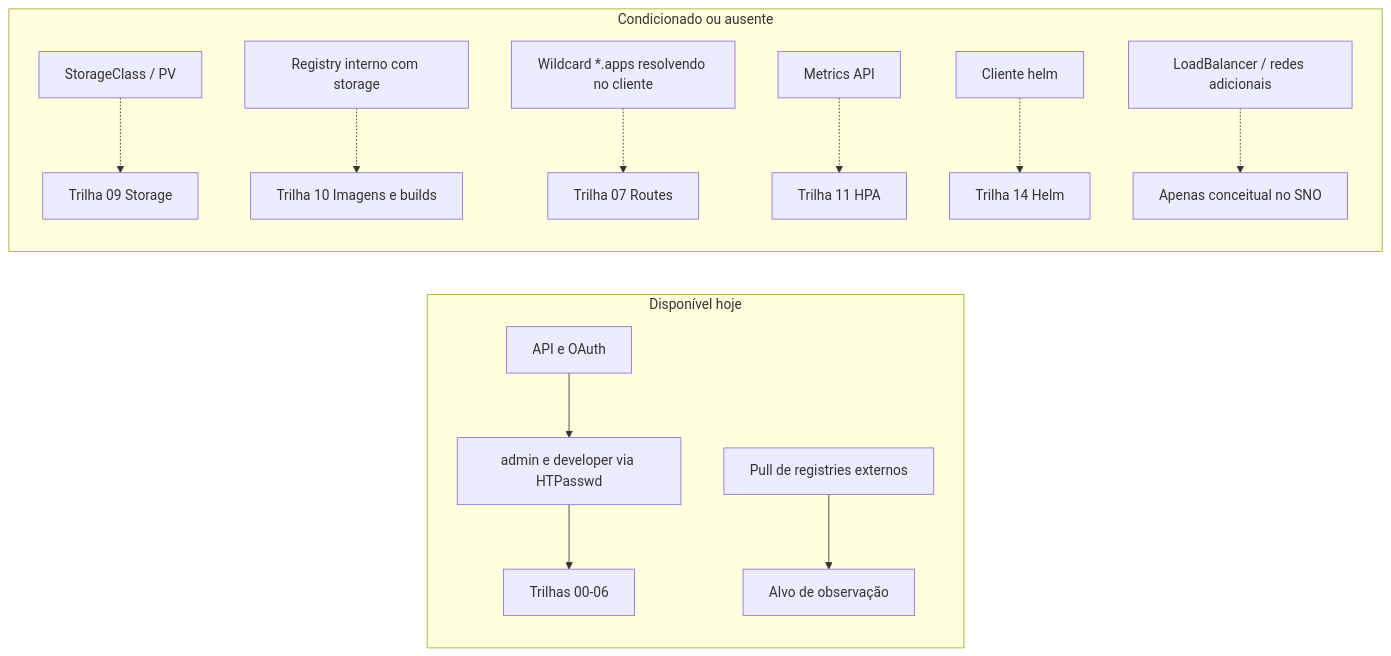
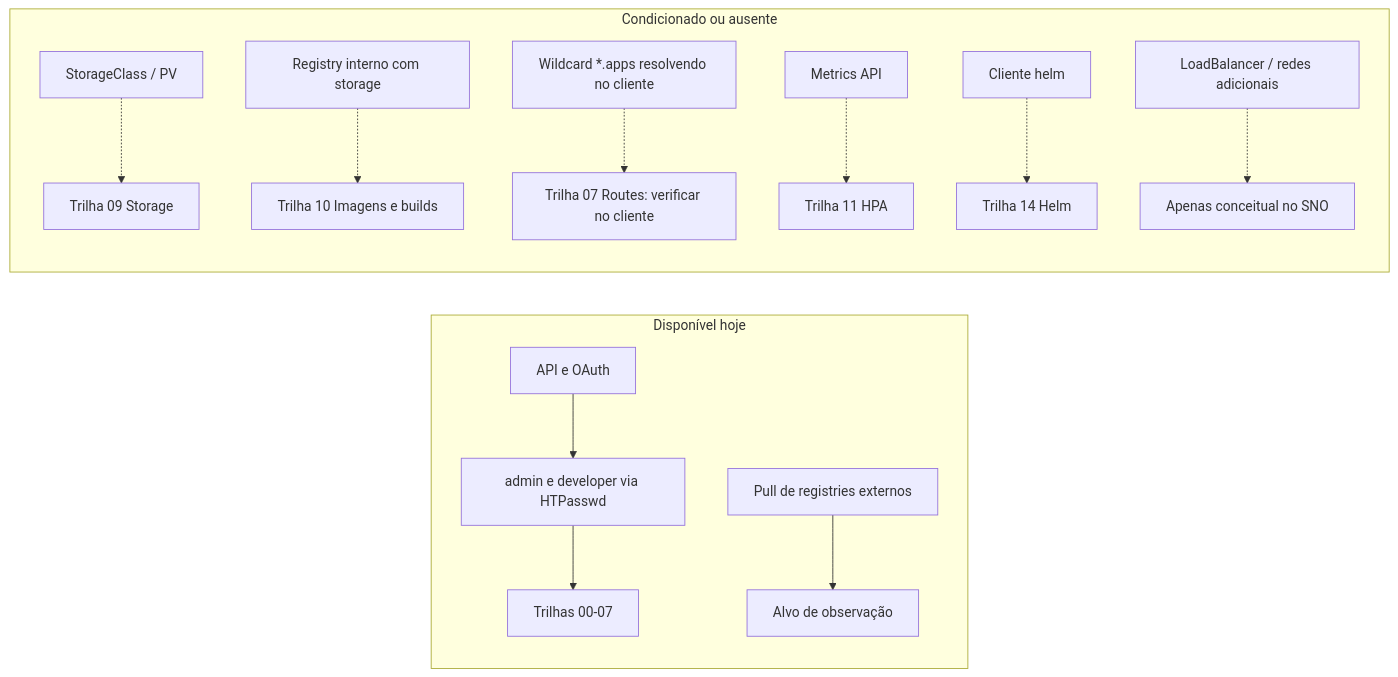
One commit to eduardoandradej/academia-comandos-openshift changed the diagram in catalogo/matriz-competencias.md. Above: the diagram before and after it, drawn with Mermaid. The commit also changed other lines of this file and 53 other files, not shown here.

First line of the commit message:
feat: Trilha 07 (Routes e Ingress), cenários TS-022 a TS-024 e guia 07

````diff
--- a/catalogo/matriz-competencias.md
+++ b/catalogo/matriz-competencias.md
@@ -51,16 +51,16 @@
 ```mermaid
 flowchart LR
   subgraph disponivel[Disponível hoje]
     API[API e OAuth] --> ID[admin e developer via HTPasswd]
-    ID --> T00[Trilhas 00-06]
+    ID --> T00[Trilhas 00-07]
     IMG[Pull de registries externos] --> T02[Alvo de observação]
   end
   subgraph condicionado[Condicionado ou ausente]
     SC[StorageClass / PV] -.-> T09[Trilha 09 Storage]
     REG[Registry interno com storage] -.-> T10[Trilha 10 Imagens e builds]
-    DNS[Wildcard *.apps resolvendo no cliente] -.-> T07[Trilha 07 Routes]
+    DNS[Wildcard *.apps resolvendo no cliente] -.-> T07[Trilha 07 Routes: verificar no cliente]
     MET[Metrics API] -.-> T11[Trilha 11 HPA]
     HELM[Cliente helm] -.-> T14[Trilha 14 Helm]
     LB[LoadBalancer / redes adicionais] -.-> X[Apenas conceitual no SNO]
   end
 ```
````
